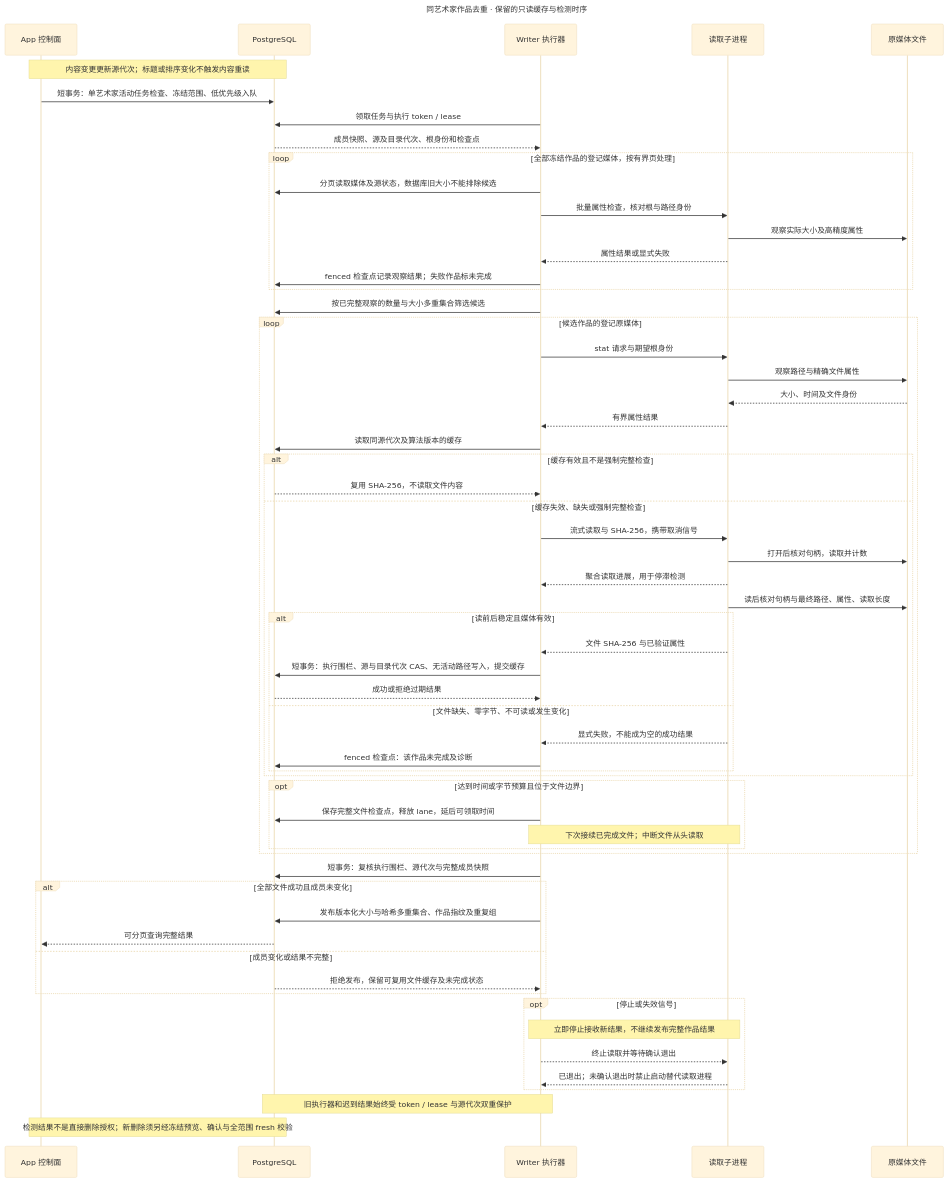
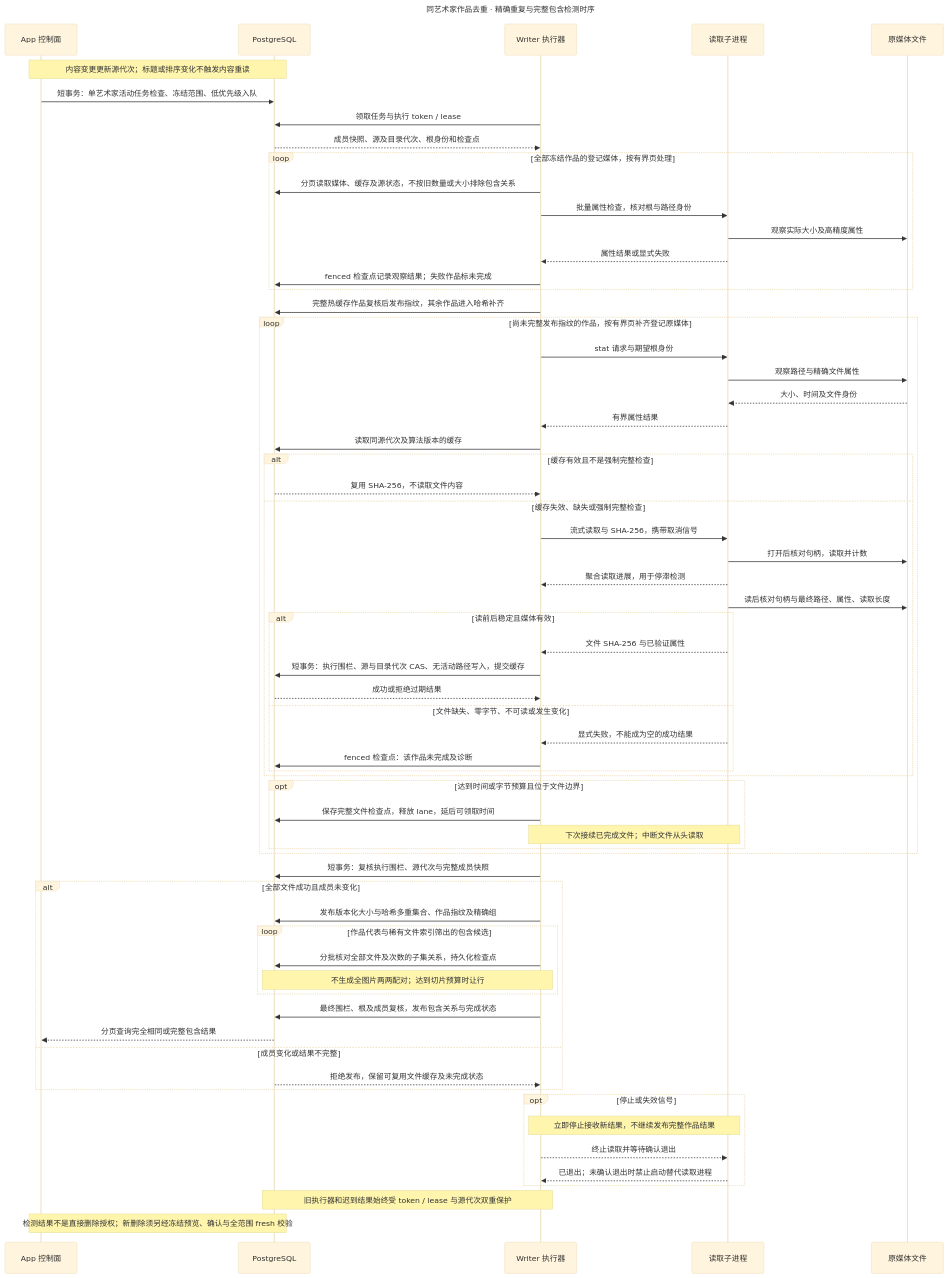
The diagram in docs/diagrams/features/artwork-deduplication/detection.mmd (namehu/PixiShelf), drawn with Mermaid (base theme) before and after one commit. The commit also changed 55 other files, not shown here.

```diff
--- a/docs/diagrams/features/artwork-deduplication/detection.mmd
+++ b/docs/diagrams/features/artwork-deduplication/detection.mmd
@@ -1,70 +1,75 @@
 ---
-title: 同艺术家作品去重 · 保留的只读缓存与检测时序
+title: 同艺术家作品去重 · 精确重复与完整包含检测时序
 ---
 sequenceDiagram
   participant App as App 控制面
   participant DB as PostgreSQL
   participant Worker as Writer 执行器
   participant Child as 读取子进程
   participant File as 原媒体文件
   Note over App,DB: 内容变更更新源代次；标题或排序变化不触发内容重读
   %% D01: 检测输入冻结与任务领取
   App->>DB: 短事务：单艺术家活动任务检查、冻结范围、低优先级入队
   Worker->>DB: 领取任务与执行 token / lease
   DB-->>Worker: 成员快照、源及目录代次、根身份和检查点
   loop 全部冻结作品的登记媒体，按有界页处理
-    Worker->>DB: 分页读取媒体及源状态，数据库旧大小不能排除候选
+    Worker->>DB: 分页读取媒体、缓存及源状态，不按旧数量或大小排除包含关系
     Worker->>Child: 批量属性检查，核对根与路径身份
     Child->>File: 观察实际大小及高精度属性
     Child-->>Worker: 属性结果或显式失败
     Worker->>DB: fenced 检查点记录观察结果；失败作品标未完成
   end
-  Worker->>DB: 按已完整观察的数量与大小多重集合筛选候选
+  Worker->>DB: 完整热缓存作品复核后发布指纹，其余作品进入哈希补齐
   %% D02: 候选属性复核与缓存判定
-  loop 候选作品的登记原媒体
+  loop 尚未完整发布指纹的作品，按有界页补齐登记原媒体
     Worker->>Child: stat 请求与期望根身份
     Child->>File: 观察路径与精确文件属性
     File-->>Child: 大小、时间及文件身份
     Child-->>Worker: 有界属性结果
     Worker->>DB: 读取同源代次及算法版本的缓存
     alt 缓存有效且不是强制完整检查
       DB-->>Worker: 复用 SHA-256，不读取文件内容
     else 缓存失效、缺失或强制完整检查
       %% D03: 稳定读取
       Worker->>Child: 流式读取与 SHA-256，携带取消信号
       Child->>File: 打开后核对句柄，读取并计数
       Child-->>Worker: 聚合读取进展，用于停滞检测
       Child->>File: 读后核对句柄与最终路径、属性、读取长度
       alt 读前后稳定且媒体有效
         Child-->>Worker: 文件 SHA-256 与已验证属性
         %% D04: 文件缓存写入围栏
         Worker->>DB: 短事务：执行围栏、源与目录代次 CAS、无活动路径写入，提交缓存
         DB-->>Worker: 成功或拒绝过期结果
       else 文件缺失、零字节、不可读或发生变化
         Child-->>Worker: 显式失败，不能成为空的成功结果
         Worker->>DB: fenced 检查点：该作品未完成及诊断
       end
     end
     opt 达到时间或字节预算且位于文件边界
       %% D05: 公平让行
       Worker->>DB: 保存完整文件检查点，释放 lane，延后可领取时间
       Note over Worker,Child: 下次接续已完成文件；中断文件从头读取
     end
   end
   %% D06: 完整作品发布
   Worker->>DB: 短事务：复核执行围栏、源代次与完整成员快照
   alt 全部文件成功且成员未变化
-    Worker->>DB: 发布版本化大小与哈希多重集合、作品指纹及重复组
-    DB-->>App: 可分页查询完整结果
+    Worker->>DB: 发布版本化大小与哈希多重集合、作品指纹及精确组
+    loop 作品代表与稀有文件索引筛出的包含候选
+      Worker->>DB: 分批核对全部文件及次数的子集关系，持久化检查点
+      Note over Worker,DB: 不生成全图片两两配对；达到切片预算时让行
+    end
+    Worker->>DB: 最终围栏、根及成员复核，发布包含关系与完成状态
+    DB-->>App: 分页查询完全相同或完整包含结果
   else 成员变化或结果不完整
     DB-->>Worker: 拒绝发布，保留可复用文件缓存及未完成状态
   end
   %% D07: 取消与迟到结果
   opt 停止或失效信号
     Note over Worker,Child: 立即停止接收新结果，不继续发布完整作品结果
     Worker-->>Child: 终止读取并等待确认退出
     Child-->>Worker: 已退出；未确认退出时禁止启动替代读取进程
   end
   Note over Worker,DB: 旧执行器和迟到结果始终受 token / lease 与源代次双重保护
 
   Note over App,DB: 检测结果不是直接删除授权；新删除须另经冻结预览、确认与全范围 fresh 校验
```
